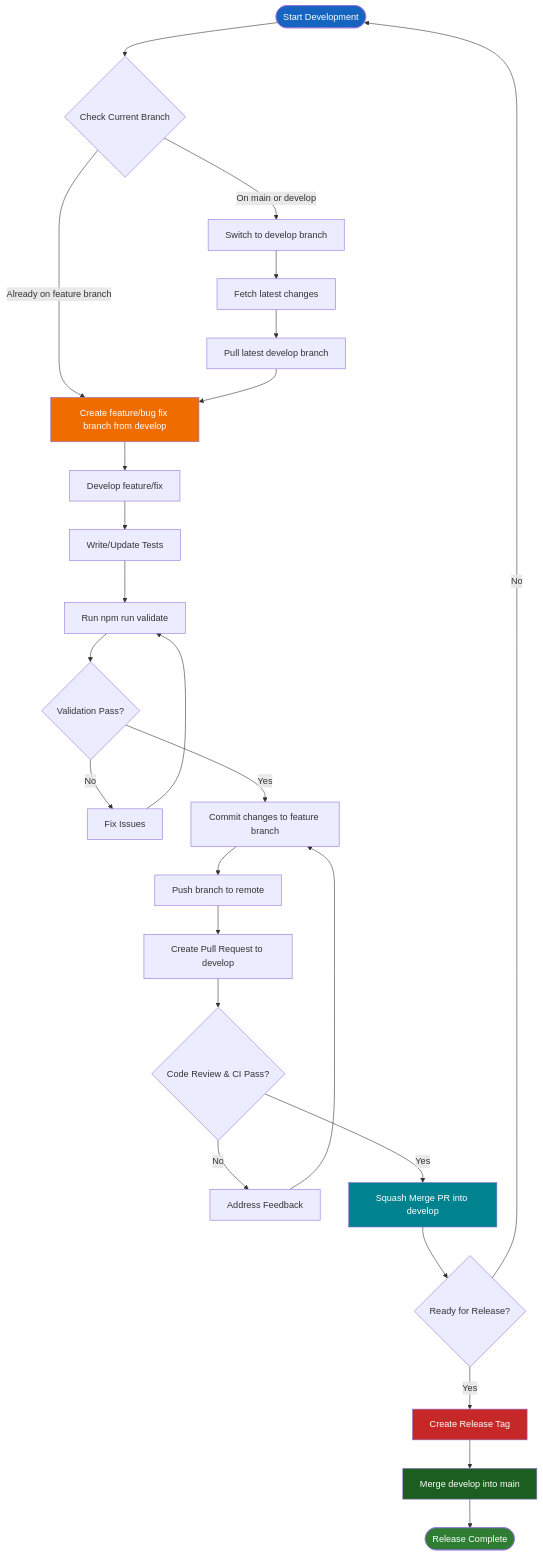
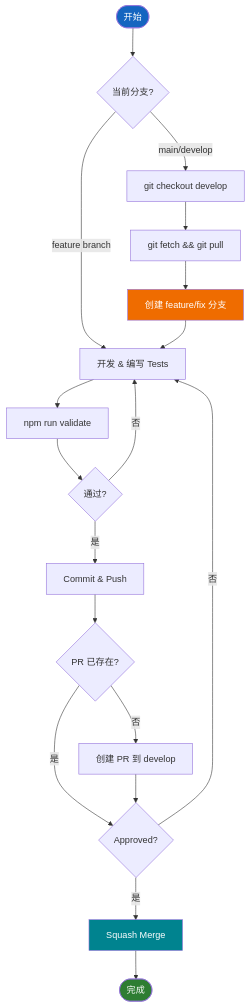
One commit to thinhtran3588/nextjs-starter-kit changed the diagram in docs/development-guide-zh.md. Above: the diagram before and after it, drawn with Mermaid. The commit also changed other lines of this file and 208 other files, not shown here.

First line of the commit message:
refactor: reorganize modules into Clean Architecture layers (#36)

````diff
--- a/docs/development-guide-zh.md
+++ b/docs/development-guide-zh.md
@@ -21,34 +31,25 @@
 ```mermaid
 flowchart TD
-    Start([Start Development]) --> CheckBranch{Check Current Branch}
-    CheckBranch -->|On main or develop| SwitchToDevelop[Switch to develop branch]
-    CheckBranch -->|Already on feature branch| CreateFeatureBranch
-    SwitchToDevelop --> FetchLatest[Fetch latest changes]
-    FetchLatest --> PullDevelop[Pull latest develop branch]
-    PullDevelop --> CreateFeatureBranch[Create feature/bug fix branch from develop]
-    CreateFeatureBranch --> Develop[Develop feature/fix]
-    Develop --> WriteTests[Write/Update Tests]
-    WriteTests --> RunValidation[Run npm run validate]
-    RunValidation --> ValidationPass{Validation Pass?}
-    ValidationPass -->|No| FixIssues[Fix Issues]
-    FixIssues --> RunValidation
-    ValidationPass -->|Yes| Commit[Commit changes to feature branch]
-    Commit --> Push[Push branch to remote]
-    Push --> CreatePR[Create Pull Request to develop]
-    CreatePR --> Review{Code Review & CI Pass?}
-    Review -->|No| AddressFeedback[Address Feedback]
-    AddressFeedback --> Commit
-    Review -->|Yes| SquashMerge[Squash Merge PR into develop]
-    SquashMerge --> ReleaseReady{Ready for Release?}
-    ReleaseReady -->|No| Start
-    ReleaseReady -->|Yes| CreateTag[Create Release Tag]
-    CreateTag --> MergeToMain[Merge develop into main]
-    MergeToMain --> End([Release Complete])
+    Start([开始]) --> CheckBranch{当前分支?}
+    CheckBranch -->|main/develop| SwitchDevelop[git checkout develop]
+    CheckBranch -->|feature branch| Develop
+    SwitchDevelop --> FetchPull[git fetch && git pull]
+    FetchPull --> CreateBranch[创建 feature/fix 分支]
+    CreateBranch --> Develop[开发 & 编写 Tests]
+    Develop --> Validate[npm run validate]
+    Validate --> Pass{通过?}
+    Pass -->|否| Develop
+    Pass -->|是| Commit[Commit & Push]
+    Commit --> PRExists{PR 已存在?}
+    PRExists -->|否| CreatePR[创建 PR 到 develop]
+    PRExists -->|是| Review
+    CreatePR --> Review{Approved?}
+    Review -->|否| Develop
+    Review -->|是| Merge[Squash Merge]
+    Merge --> Done([完成])
 
     style Start fill:#1565c0,color:#fff
-    style End fill:#2e7d32,color:#fff
-    style CreateFeatureBranch fill:#ef6c00,color:#fff
-    style SquashMerge fill:#00838f,color:#fff
-    style CreateTag fill:#c62828,color:#fff
-    style MergeToMain fill:#1b5e20,color:#fff
+    style Done fill:#2e7d32,color:#fff
+    style CreateBranch fill:#ef6c00,color:#fff
+    style Merge fill:#00838f,color:#fff
 ```
````
